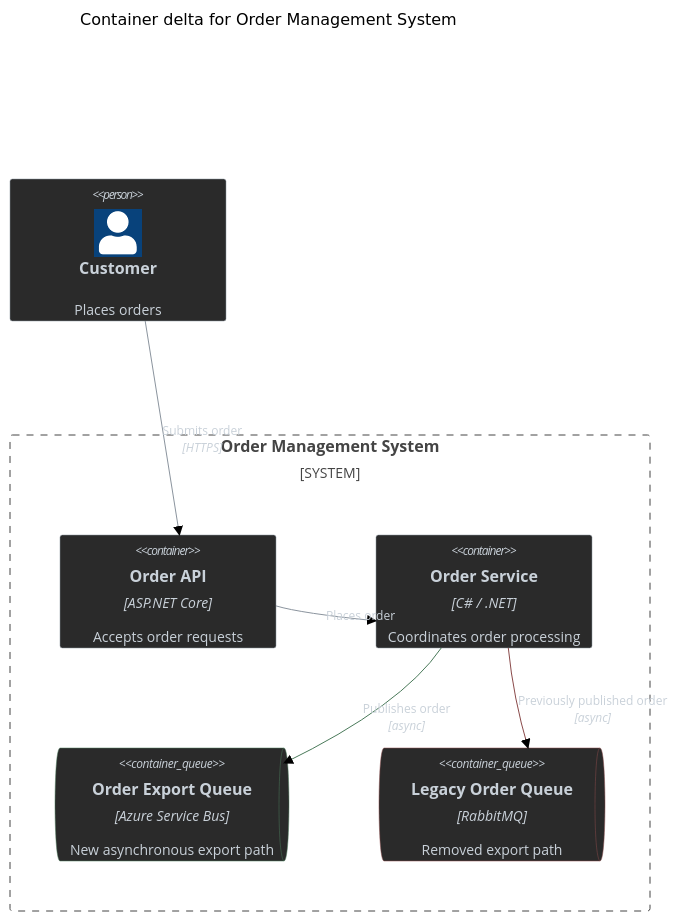
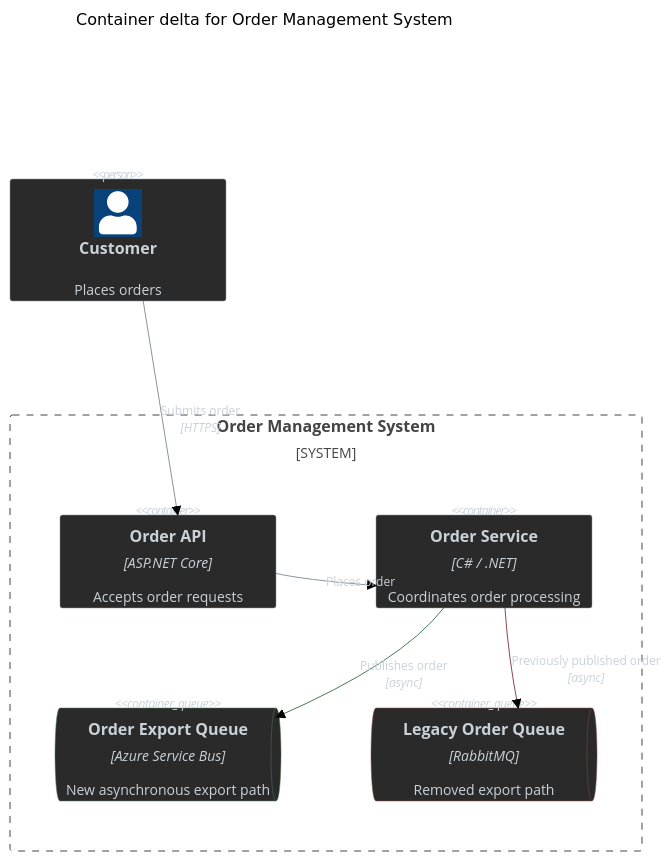
The second of 8 diagrams in plugins/wf/skills/to-diagram/README.md (antshc/brain), drawn with Mermaid (forest theme) before and after one commit. The commit also changed other lines of this file, not shown here.

Commit message:
fix: simplify UpdateRelStyle parameters and adjust c4ShapePadding for better diagram layout

````diff
--- a/plugins/wf/skills/to-diagram/README.md
+++ b/plugins/wf/skills/to-diagram/README.md
@@ -62,34 +62,34 @@
 ```mermaid
 ---
 config:
   c4:
-    c4ShapePadding: 20
+    c4ShapePadding: 0
 ---
 C4Container
     title Container delta for Order Management System
 
     Person(customer, "Customer", "Places orders")
 
     System_Boundary(system, "Order Management System") {
         Container(api, "Order API", "ASP.NET Core", "Accepts order requests")
         Container(service, "Order Service", "C# / .NET", "Coordinates order processing")
         ContainerQueue(exportQueue, "Order Export Queue", "Azure Service Bus", "New asynchronous export path")
         ContainerQueue(legacyQueue, "Legacy Order Queue", "RabbitMQ", "Removed export path")
     }
 
     Rel(customer, api, "Submits order", "HTTPS")
     Rel(api, service, "Places order")
     Rel(service, exportQueue, "Publishes order", "async")
     Rel(service, legacyQueue, "Previously published order", "async")
 
     UpdateElementStyle(customer, $fontColor="#c9d1d9", $bgColor="#2a2a2a", $borderColor="#8b949e")
     UpdateElementStyle(api, $fontColor="#c9d1d9", $bgColor="#2a2a2a", $borderColor="#8b949e")
     UpdateElementStyle(service, $fontColor="#c9d1d9", $bgColor="#2a2a2a", $borderColor="#8b949e")
     UpdateElementStyle(exportQueue, $fontColor="#c9d1d9", $bgColor="#2a2a2a", $borderColor="#4a7a5a")
     UpdateElementStyle(legacyQueue, $fontColor="#c9d1d9", $bgColor="#2a2a2a", $borderColor="#8a4a4a")
 
     UpdateRelStyle(customer, api, $textColor="#c9d1d9", $lineColor="#8b949e")
     UpdateRelStyle(api, service, $textColor="#c9d1d9", $lineColor="#8b949e")
     UpdateRelStyle(service, exportQueue, $textColor="#c9d1d9", $lineColor="#4a7a5a")
     UpdateRelStyle(service, legacyQueue, $textColor="#c9d1d9", $lineColor="#8a4a4a")
 ```
````
